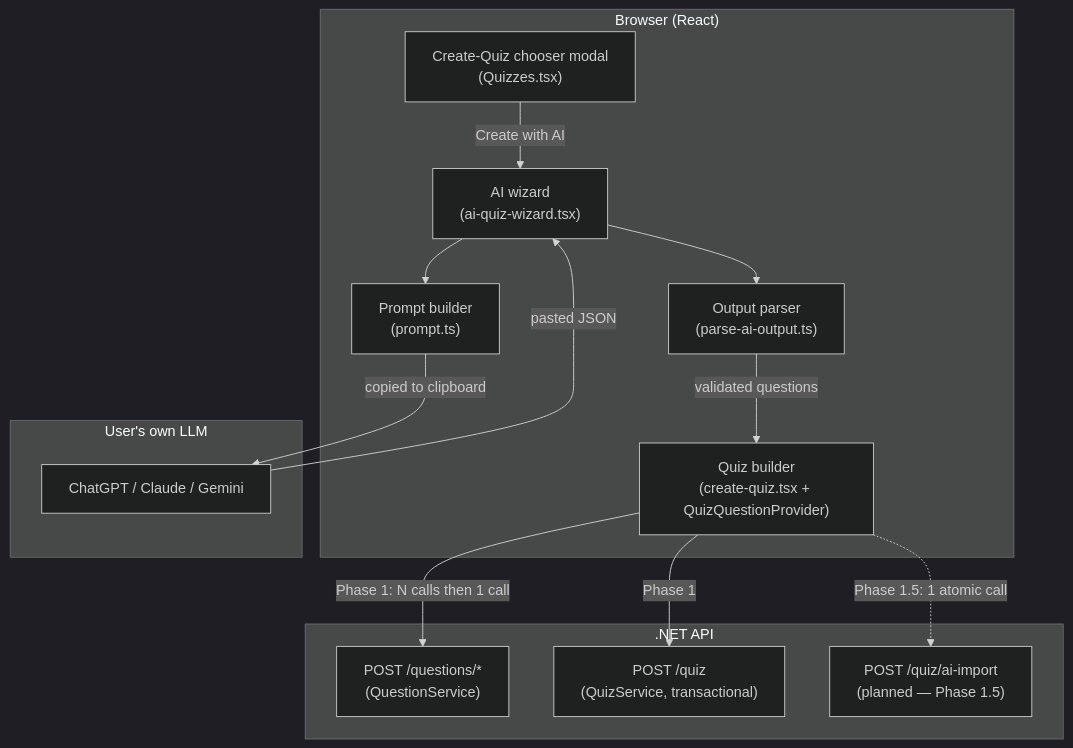
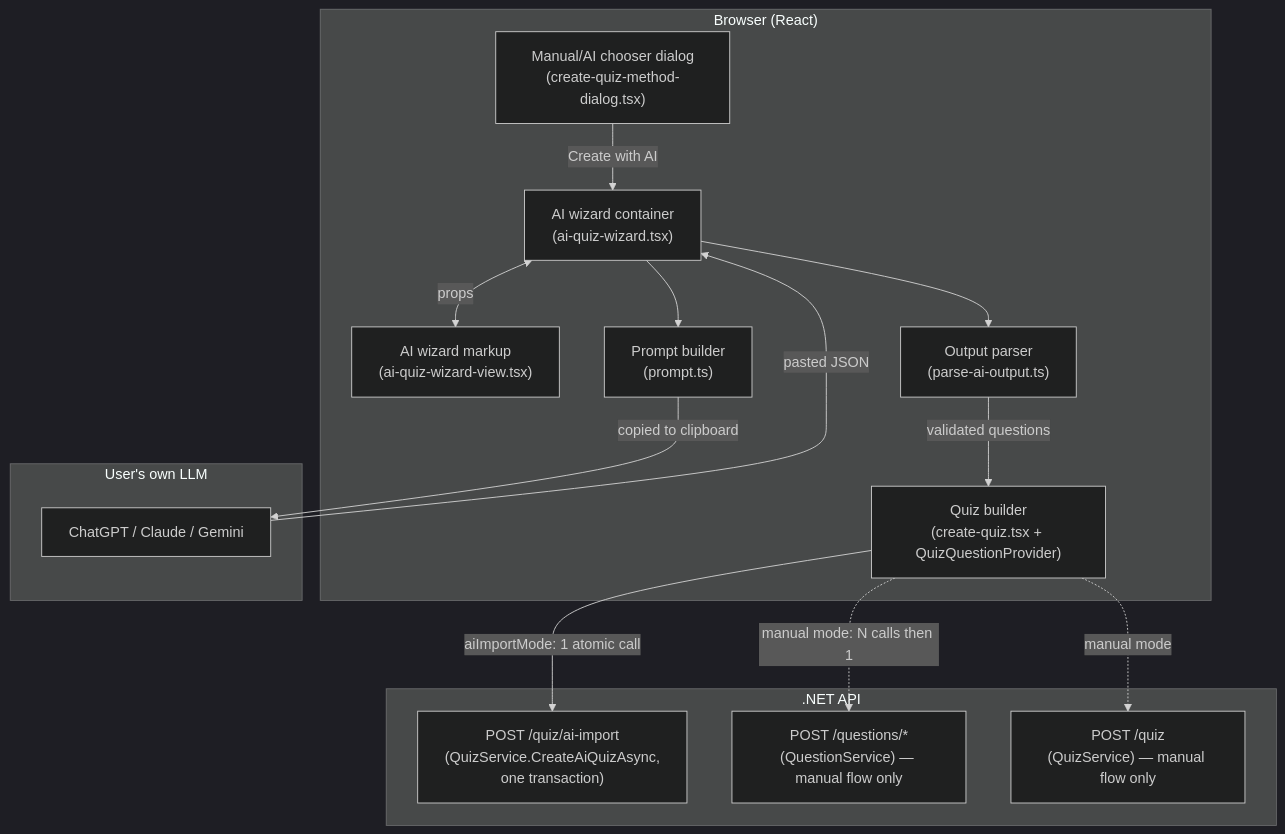
Before and after one commit to KastriotAvdiaj/OxygenQuiz: the diagram in docs/quiz/ai-quiz-architecture.md, drawn with Mermaid (dark theme). The commit also changed other lines of this file and 353 other files, not shown here.

````diff
--- a/docs/quiz/ai-quiz-architecture.md
+++ b/docs/quiz/ai-quiz-architecture.md
@@ -27,30 +27,32 @@
 ```mermaid
 flowchart TD
     subgraph Browser["Browser (React)"]
-        Modal["Create-Quiz chooser modal\n(Quizzes.tsx)"]
-        Wizard["AI wizard\n(ai-quiz-wizard.tsx)"]
+        Modal["Manual/AI chooser dialog\n(create-quiz-method-dialog.tsx)"]
+        Wizard["AI wizard container\n(ai-quiz-wizard.tsx)"]
+        View["AI wizard markup\n(ai-quiz-wizard-view.tsx)"]
         Prompt["Prompt builder\n(prompt.ts)"]
         Parser["Output parser\n(parse-ai-output.ts)"]
         Form["Quiz builder\n(create-quiz.tsx + QuizQuestionProvider)"]
     end
 
     subgraph External["User's own LLM"]
         LLM["ChatGPT / Claude / Gemini"]
     end
 
     subgraph API[".NET API"]
-        QCreate["POST /questions/*\n(QuestionService)"]
-        ZCreate["POST /quiz\n(QuizService, transactional)"]
-        Import["POST /quiz/ai-import\n(planned — Phase 1.5)"]
+        Import["POST /quiz/ai-import\n(QuizService.CreateAiQuizAsync,\none transaction)"]
+        QCreate["POST /questions/*\n(QuestionService) — manual flow only"]
+        ZCreate["POST /quiz\n(QuizService) — manual flow only"]
     end
 
     Modal -->|"Create with AI"| Wizard
+    Wizard <-->|props| View
     Wizard --> Prompt
     Prompt -->|copied to clipboard| LLM
     LLM -->|pasted JSON| Wizard
     Wizard --> Parser
     Parser -->|validated questions| Form
-    Form -->|Phase 1: N calls then 1 call| QCreate
-    Form -->|Phase 1| ZCreate
-    Form -.->|Phase 1.5: 1 atomic call| Import
+    Form -->|aiImportMode: 1 atomic call| Import
+    Form -.->|manual mode: N calls then 1| QCreate
+    Form -.->|manual mode| ZCreate
 ```
````
